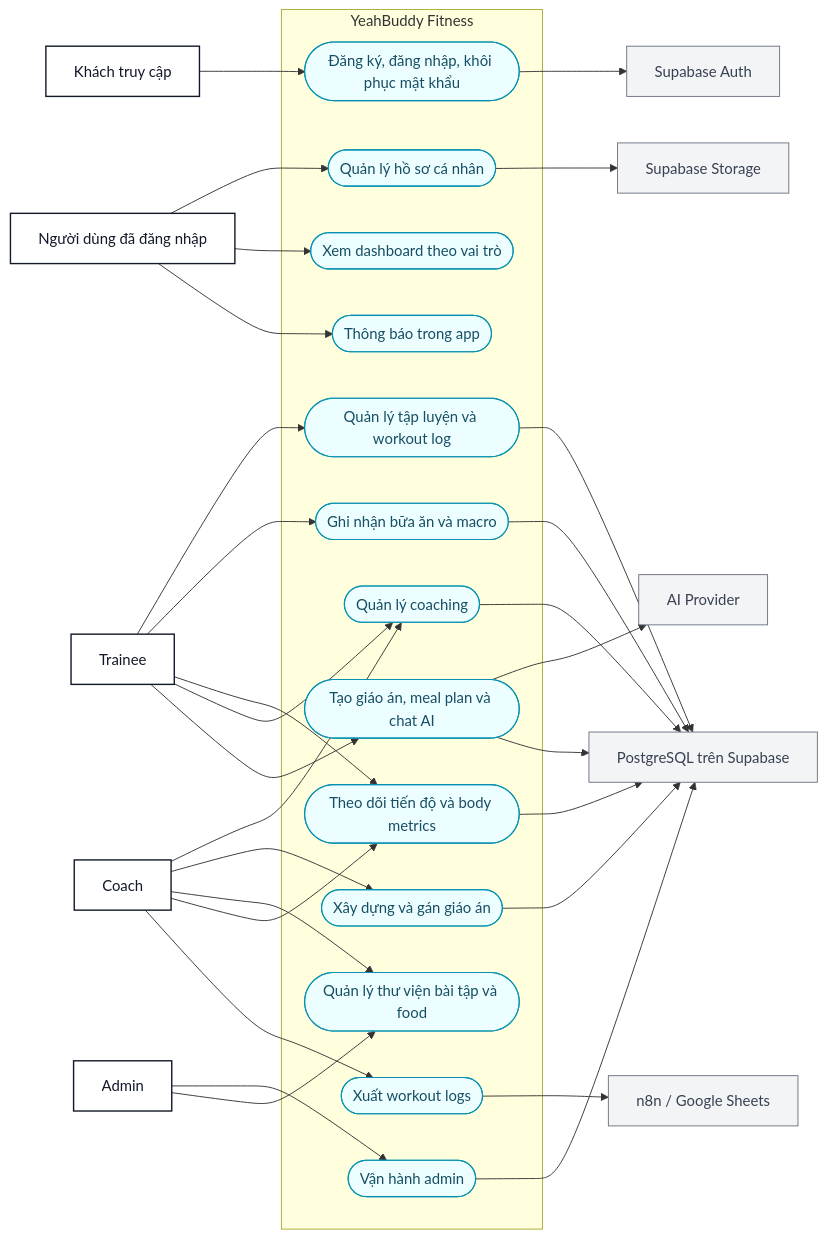
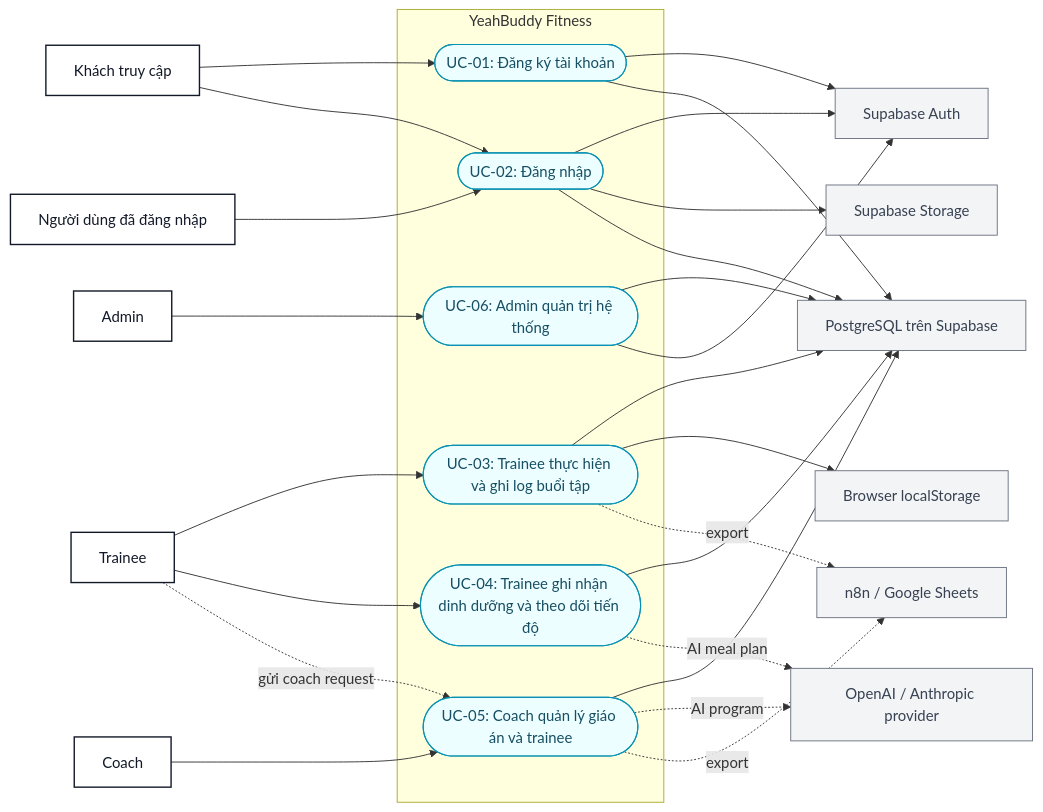
Before and after one commit to hominhduc-dev/fitness-tracking-webapp: the first of 7 diagrams in docs/use-case-diagrams.md, drawn with Mermaid. The commit also changed other lines of this file and 4 other files, not shown here.

Commit message:
docs(diagrams): align analysis docs to six use cases

````diff
--- a/docs/use-case-diagrams.md
+++ b/docs/use-case-diagrams.md
@@ -18,63 +18,53 @@
 ```mermaid
 flowchart LR
   Visitor["Khách truy cập"]:::actor
   User["Người dùng đã đăng nhập"]:::actor
   Trainee["Trainee"]:::actor
   Coach["Coach"]:::actor
   Admin["Admin"]:::actor
 
   SupabaseAuth["Supabase Auth"]:::external
   SupabaseStorage["Supabase Storage"]:::external
   Postgres["PostgreSQL trên Supabase"]:::external
-  AIProvider["AI Provider"]:::external
+  LocalStorage["Browser localStorage"]:::external
+  AIProvider["OpenAI / Anthropic provider"]:::external
   N8N["n8n / Google Sheets"]:::external
 
   subgraph SYS["YeahBuddy Fitness"]
-    Auth([Đăng ký, đăng nhập, khôi phục mật khẩu]):::usecase
-    Profile([Quản lý hồ sơ cá nhân]):::usecase
-    Dashboard([Xem dashboard theo vai trò]):::usecase
-    Workout([Quản lý tập luyện và workout log]):::usecase
-    Nutrition([Ghi nhận bữa ăn và macro]):::usecase
-    Progress([Theo dõi tiến độ và body metrics]):::usecase
-    Coaching([Quản lý coaching]):::usecase
-    Programs([Xây dựng và gán giáo án]):::usecase
-    Library([Quản lý thư viện bài tập và food]):::usecase
-    AdminOps([Vận hành admin]):::usecase
-    AI([Tạo giáo án, meal plan và chat AI]):::usecase
-    Notification([Thông báo trong app]):::usecase
-    Export([Xuất workout logs]):::usecase
+    UC01([UC-01: Đăng ký tài khoản]):::usecase
+    UC02([UC-02: Đăng nhập]):::usecase
+    UC03([UC-03: Trainee thực hiện và ghi log buổi tập]):::usecase
+    UC04([UC-04: Trainee ghi nhận dinh dưỡng và theo dõi tiến độ]):::usecase
+    UC05([UC-05: Coach quản lý giáo án và trainee]):::usecase
+    UC06([UC-06: Admin quản trị hệ thống]):::usecase
   end
 
-  Visitor --> Auth
-  User --> Profile
-  User --> Dashboard
-  User --> Notification
-  Trainee --> Workout
-  Trainee --> Nutrition
-  Trainee --> Progress
-  Trainee --> Coaching
-  Trainee --> AI
-  Coach --> Coaching
-  Coach --> Programs
-  Coach --> Library
-  Coach --> Progress
-  Coach --> Export
-  Admin --> AdminOps
-  Admin --> Library
+  Visitor --> UC01
+  Visitor --> UC02
+  User --> UC02
+  Trainee --> UC03
+  Trainee --> UC04
+  Trainee -. gửi coach request .-> UC05
+  Coach --> UC05
+  Admin --> UC06
 
-  Auth --> SupabaseAuth
-  Profile --> SupabaseStorage
-  Workout --> Postgres
-  Nutrition --> Postgres
-  Progress --> Postgres
-  Coaching --> Postgres
-  Programs --> Postgres
-  AdminOps --> Postgres
-  AI --> AIProvider
-  AI --> Postgres
-  Export --> N8N
+  UC01 --> SupabaseAuth
+  UC01 --> Postgres
+  UC02 --> SupabaseAuth
+  UC02 --> SupabaseStorage
+  UC02 --> Postgres
+  UC03 --> Postgres
+  UC03 --> LocalStorage
+  UC03 -. export .-> N8N
+  UC04 --> Postgres
+  UC04 -. AI meal plan .-> AIProvider
+  UC05 --> Postgres
+  UC05 -. AI program .-> AIProvider
+  UC05 -. export .-> N8N
+  UC06 --> Postgres
+  UC06 --> SupabaseAuth
 
   classDef actor fill:#ffffff,stroke:#111827,stroke-width:1.5px,color:#111827;
   classDef usecase fill:#ecfeff,stroke:#0891b2,stroke-width:1.2px,color:#164e63;
   classDef external fill:#f3f4f6,stroke:#6b7280,stroke-width:1px,color:#374151;
 ```
````
